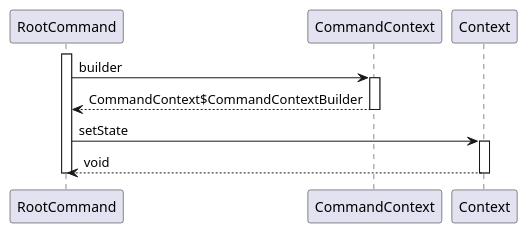
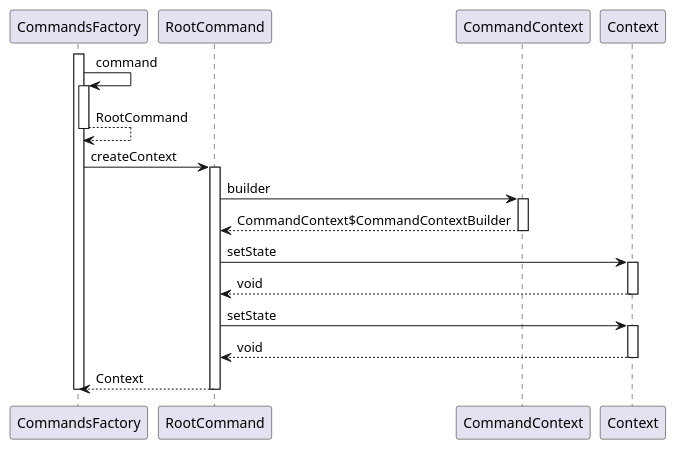
Before and after one commit to OlegSopilnyak/school-demo: the diagram in business-logic/documentation/puml/sequence-diagrams/RootCommand.createContext.puml, drawn with PlantUML. The commit also changed 14 other files, not shown here.

```diff
--- a/business-logic/documentation/puml/sequence-diagrams/RootCommand.createContext.puml
+++ b/business-logic/documentation/puml/sequence-diagrams/RootCommand.createContext.puml
@@ -3,18 +3,31 @@
 @startuml
 
+participant CommandsFactory
 participant RootCommand
 participant CommandContext
 participant Context
 
-activate RootCommand
-	RootCommand -> CommandContext : builder
-	activate CommandContext
-		CommandContext --> RootCommand : CommandContext$CommandContextBuilder
-	deactivate CommandContext
-	RootCommand -> Context : setState
-	activate Context
-		Context --> RootCommand : void
-	deactivate Context
-deactivate RootCommand
+activate CommandsFactory
+	CommandsFactory -> CommandsFactory : command
+	activate CommandsFactory
+		CommandsFactory --> CommandsFactory : RootCommand
+	deactivate CommandsFactory
+	CommandsFactory -> RootCommand : createContext
+	activate RootCommand
+		RootCommand -> CommandContext : builder
+		activate CommandContext
+			CommandContext --> RootCommand : CommandContext$CommandContextBuilder
+		deactivate CommandContext
+		RootCommand -> Context : setState
+		activate Context
+			Context --> RootCommand : void
+		deactivate Context
+		RootCommand -> Context : setState
+		activate Context
+			Context --> RootCommand : void
+		deactivate Context
+		RootCommand --> CommandsFactory : Context
+	deactivate RootCommand
+deactivate CommandsFactory
 
 @enduml
```
